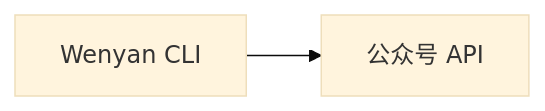
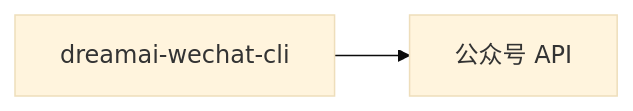
One commit to iamtornado/dreamai-wechat-cli changed the first of 2 diagrams in README.md. Above: the diagram before and after it, drawn with Mermaid (base theme). The commit also changed other lines of this file and 12 other files, not shown here.

Commit message:
feat: rename CLI to dreamai-wechat-cli and update documentation for new command structure

````diff
--- a/README.md
+++ b/README.md
@@ -142,4 +166,4 @@
 ```mermaid
 flowchart LR
-    CLI[Wenyan CLI] --> Wechat[公众号 API]
+    CLI[dreamai-wechat-cli] --> Wechat[公众号 API]
 ```
````
